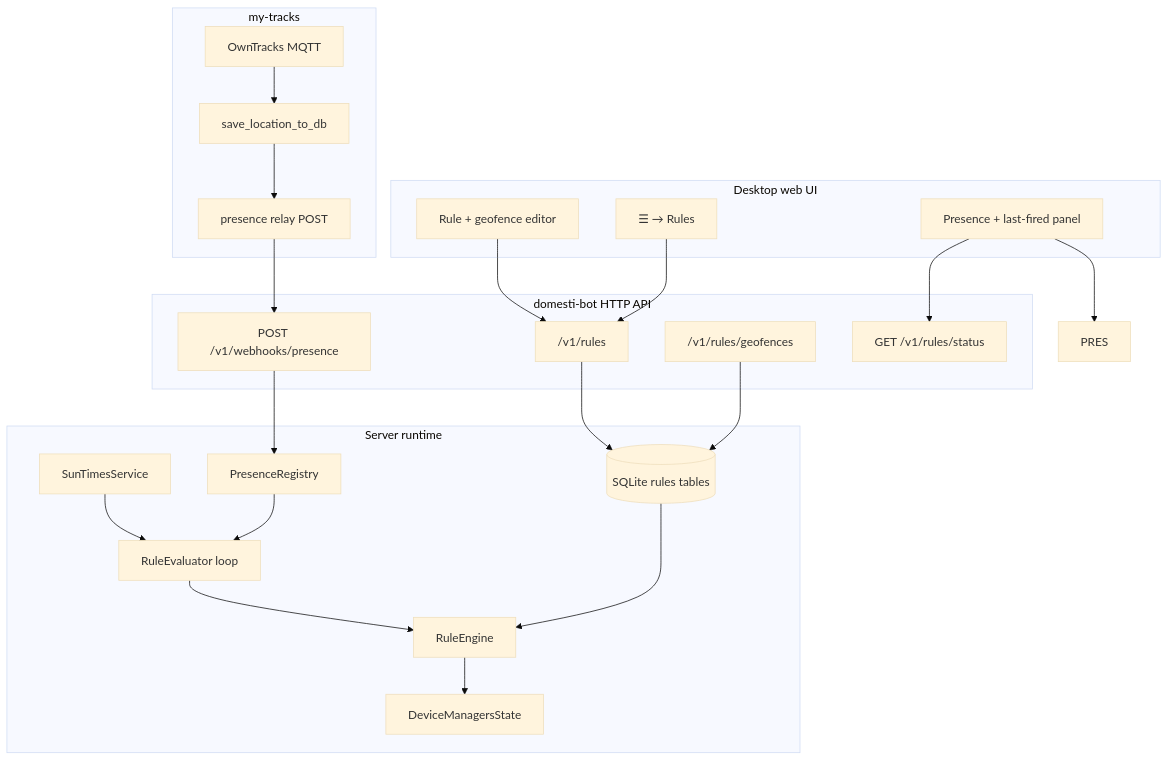
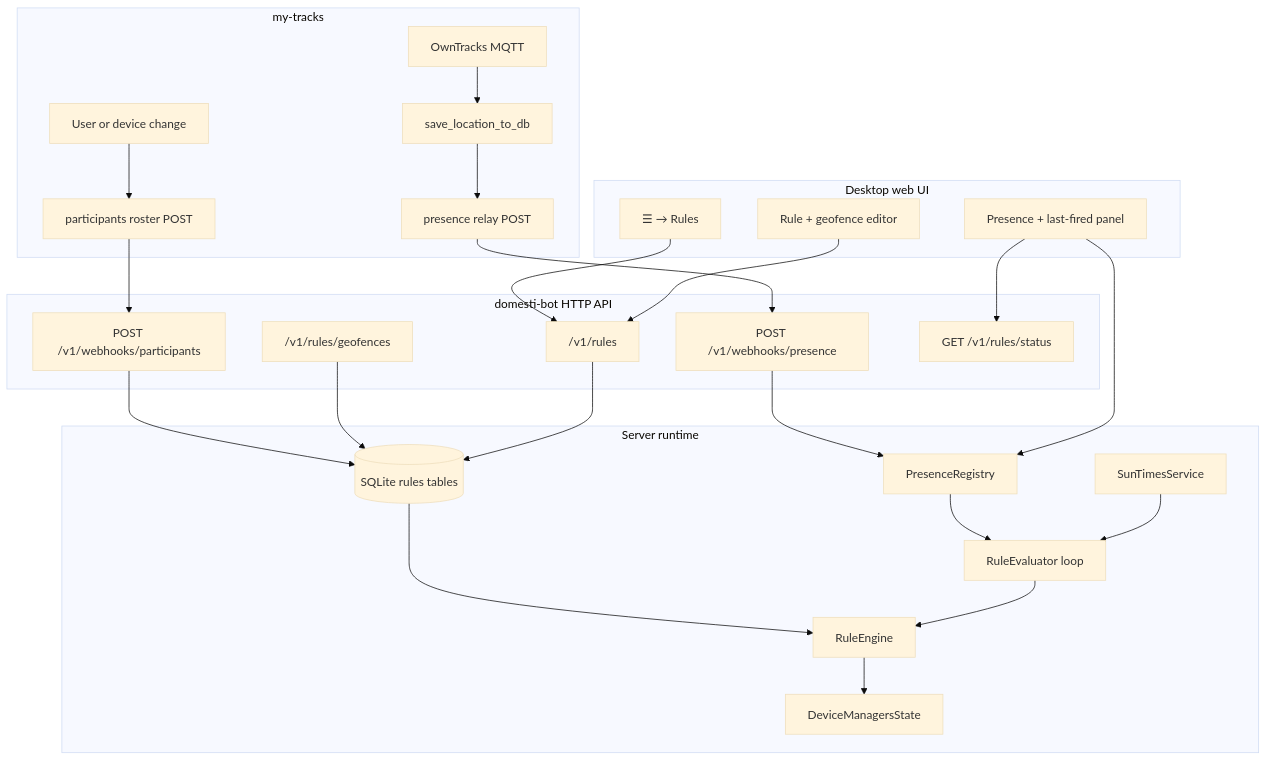
One commit to the-hcma/domesti-bot changed the first of 2 diagrams in docs/RULE_ENGINE_PLAN.md. Above: the diagram before and after it, drawn with Mermaid (base theme). The commit also changed other lines of this file and 11 other files, not shown here.

````diff
--- a/docs/RULE_ENGINE_PLAN.md
+++ b/docs/RULE_ENGINE_PLAN.md
@@ -62,45 +62,50 @@
 ```mermaid
 flowchart TB
   subgraph mytracks [my-tracks]
     MQTT[OwnTracks MQTT]
     SAVE[save_location_to_db]
-    RELAY[presence relay POST]
-    MQTT --> SAVE --> RELAY
+    PRES_RELAY[presence relay POST]
+    ROSTER_RELAY[participants roster POST]
+    MQTT --> SAVE --> PRES_RELAY
+    USER_CHG[User or device change] --> ROSTER_RELAY
   end
 
   subgraph api [domesti-bot HTTP API]
-    WH["POST /v1/webhooks/presence"]
+    WH_PRES["POST /v1/webhooks/presence"]
+    WH_ROSTER["POST /v1/webhooks/participants"]
     GEO_CRUD["/v1/rules/geofences"]
     RULE_CRUD["/v1/rules"]
     RULE_STATUS["GET /v1/rules/status"]
   end
 
   subgraph runtime [Server runtime]
     REG[PresenceRegistry]
     STORE[(SQLite rules tables)]
     EVAL[RuleEvaluator loop]
     SUN[SunTimesService]
     ENG[RuleEngine]
     DM[DeviceManagersState]
   end
 
   subgraph ui [Desktop web UI]
     MENU["☰ → Rules"]
     EDITOR[Rule + geofence editor]
     STATUS[Presence + last-fired panel]
   end
 
-  RELAY --> WH
-  WH --> REG
+  PRES_RELAY --> WH_PRES
+  ROSTER_RELAY --> WH_ROSTER
+  WH_PRES --> REG
+  WH_ROSTER --> STORE
   REG --> EVAL
   GEO_CRUD --> STORE
   RULE_CRUD --> STORE
   STORE --> ENG
   SUN --> EVAL
   EVAL --> ENG
   ENG --> DM
   MENU --> RULE_CRUD
   EDITOR --> RULE_CRUD
   STATUS --> RULE_STATUS
-  STATUS --> PRES
+  STATUS --> REG
 ```
````
